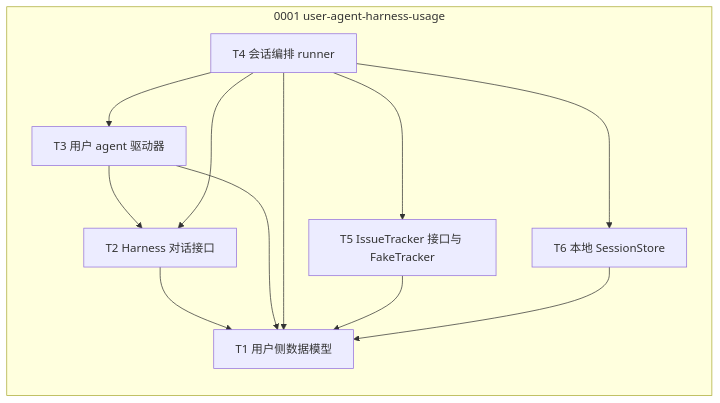
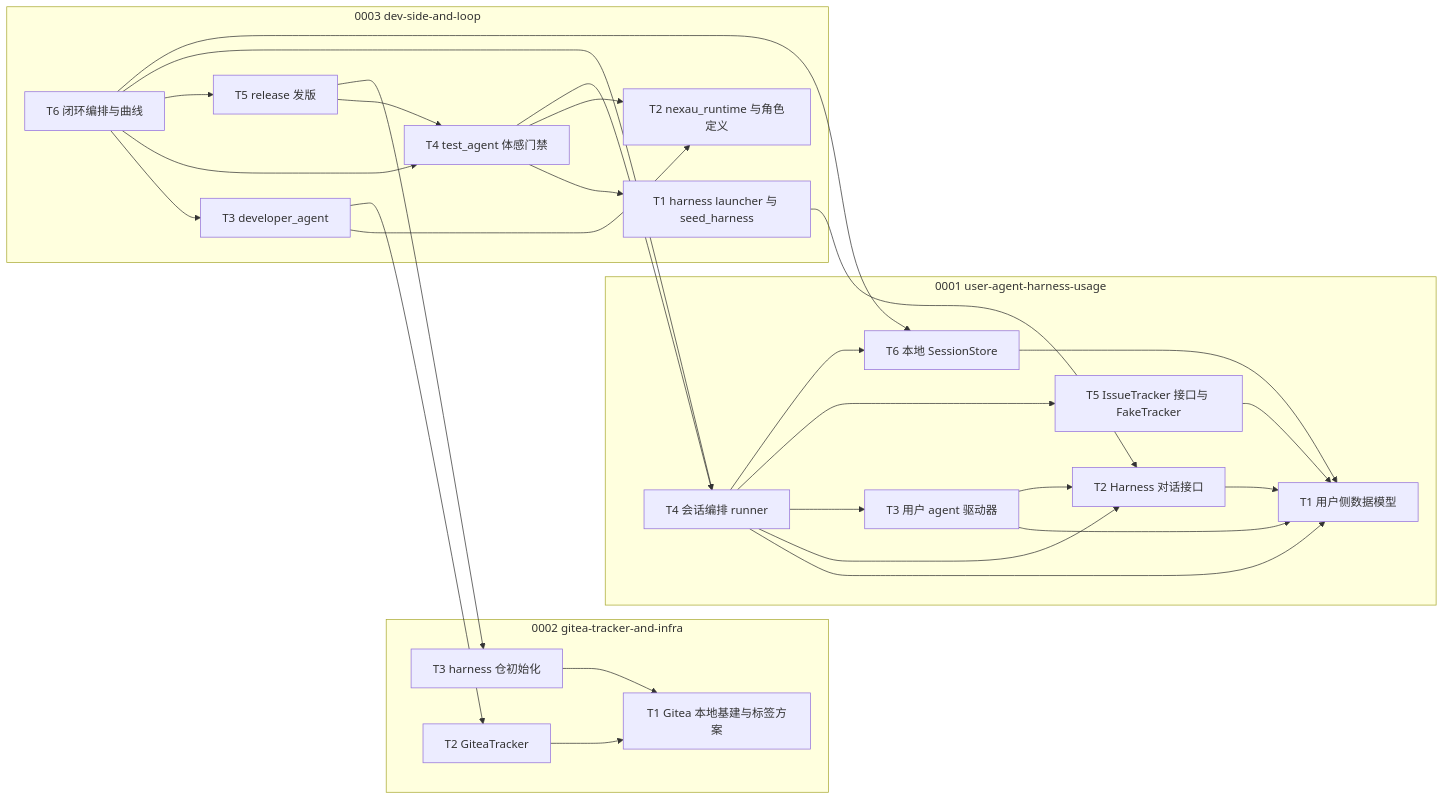
Before and after one commit to Curry09/AHE-Beta: the first of 7 diagrams in docs/specs/OVERVIEW.md, drawn with Mermaid. The commit also changed other lines of this file and 20 other files, not shown here.

````diff
--- a/docs/specs/OVERVIEW.md
+++ b/docs/specs/OVERVIEW.md
@@ -18,21 +27,49 @@
 ```mermaid
 graph LR
     subgraph G0001[0001 user-agent-harness-usage]
         n0001_T1["T1 用户侧数据模型"]
         n0001_T2["T2 Harness 对话接口"]
         n0001_T3["T3 用户 agent 驱动器"]
         n0001_T4["T4 会话编排 runner"]
         n0001_T5["T5 IssueTracker 接口与 FakeTracker"]
         n0001_T6["T6 本地 SessionStore"]
+    end
+    subgraph G0002[0002 gitea-tracker-and-infra]
+        n0002_T1["T1 Gitea 本地基建与标签方案"]
+        n0002_T2["T2 GiteaTracker"]
+        n0002_T3["T3 harness 仓初始化"]
+    end
+    subgraph G0003[0003 dev-side-and-loop]
+        n0003_T1["T1 harness launcher 与 seed_harness"]
+        n0003_T2["T2 nexau_runtime 与角色定义"]
+        n0003_T3["T3 developer_agent"]
+        n0003_T4["T4 test_agent 体感门禁"]
+        n0003_T5["T5 release 发版"]
+        n0003_T6["T6 闭环编排与曲线"]
     end
     n0001_T2 --> n0001_T1
     n0001_T3 --> n0001_T1
     n0001_T3 --> n0001_T2
     n0001_T4 --> n0001_T1
     n0001_T4 --> n0001_T2
     n0001_T4 --> n0001_T3
     n0001_T4 --> n0001_T5
     n0001_T4 --> n0001_T6
     n0001_T5 --> n0001_T1
     n0001_T6 --> n0001_T1
+    n0002_T2 --> n0002_T1
+    n0002_T3 --> n0002_T1
+    n0003_T1 --> n0001_T2
+    n0003_T3 --> n0003_T2
+    n0003_T3 --> n0002_T2
+    n0003_T4 --> n0003_T1
+    n0003_T4 --> n0003_T2
+    n0003_T4 --> n0001_T4
+    n0003_T5 --> n0003_T4
+    n0003_T5 --> n0002_T3
+    n0003_T6 --> n0003_T3
+    n0003_T6 --> n0003_T4
+    n0003_T6 --> n0003_T5
+    n0003_T6 --> n0001_T4
+    n0003_T6 --> n0001_T6
 ```
````
